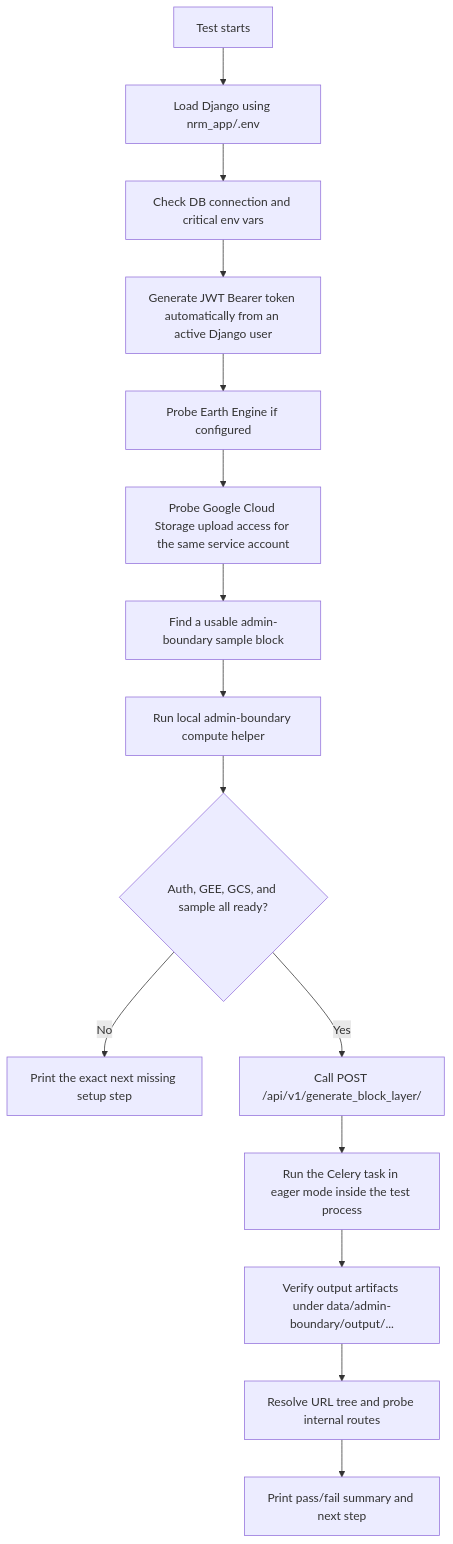
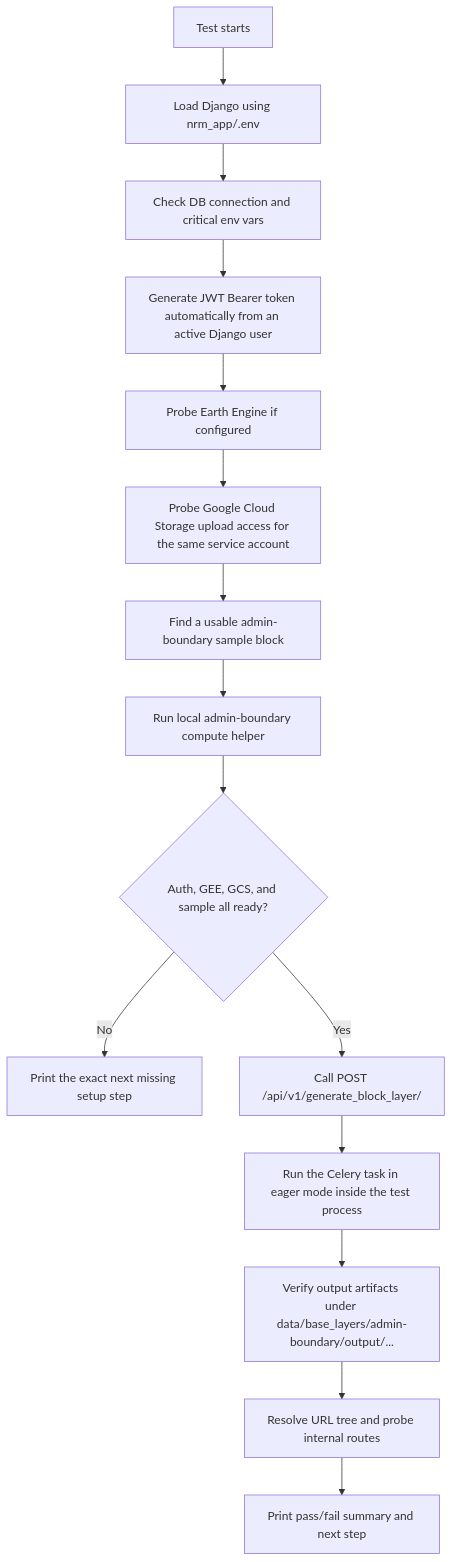
The second of 3 diagrams in installation/INSTALLATION.md (core-stack-org/core-stack-backend), drawn with Mermaid before and after one commit. The commit also changed other lines of this file and 19 other files, not shown here.

Commit message:
fixed one admin boundary -- setup was installing one inside data/ .. changed to data/base_layers/

````diff
--- a/installation/INSTALLATION.md
+++ b/installation/INSTALLATION.md
@@ -61,17 +61,17 @@
 ```mermaid
 flowchart TD
     A[Test starts] --> B[Load Django using nrm_app/.env]
     B --> C[Check DB connection and critical env vars]
     C --> D[Generate JWT Bearer token automatically from an active Django user]
     D --> E[Probe Earth Engine if configured]
     E --> F[Probe Google Cloud Storage upload access for the same service account]
     F --> G[Find a usable admin-boundary sample block]
     G --> H[Run local admin-boundary compute helper]
     H --> I{Auth, GEE, GCS, and sample all ready?}
     I -->|No| J[Print the exact next missing setup step]
     I -->|Yes| K[Call POST /api/v1/generate_block_layer/]
     K --> L[Run the Celery task in eager mode inside the test process]
-    L --> M[Verify output artifacts under data/admin-boundary/output/...]
+    L --> M[Verify output artifacts under data/base_layers/admin-boundary/output/...]
     M --> N[Resolve URL tree and probe internal routes]
     N --> O[Print pass/fail summary and next step]
 ```
````
